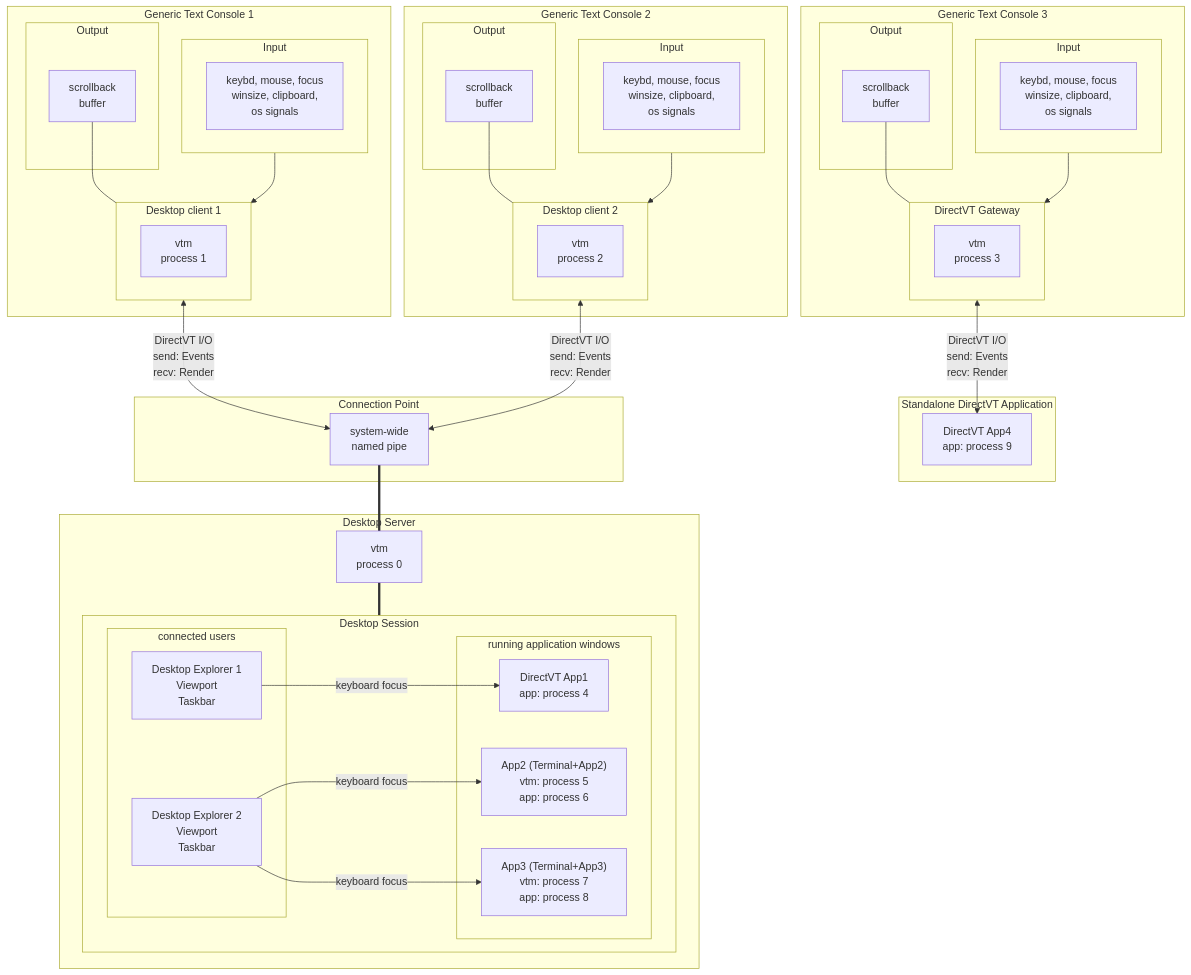
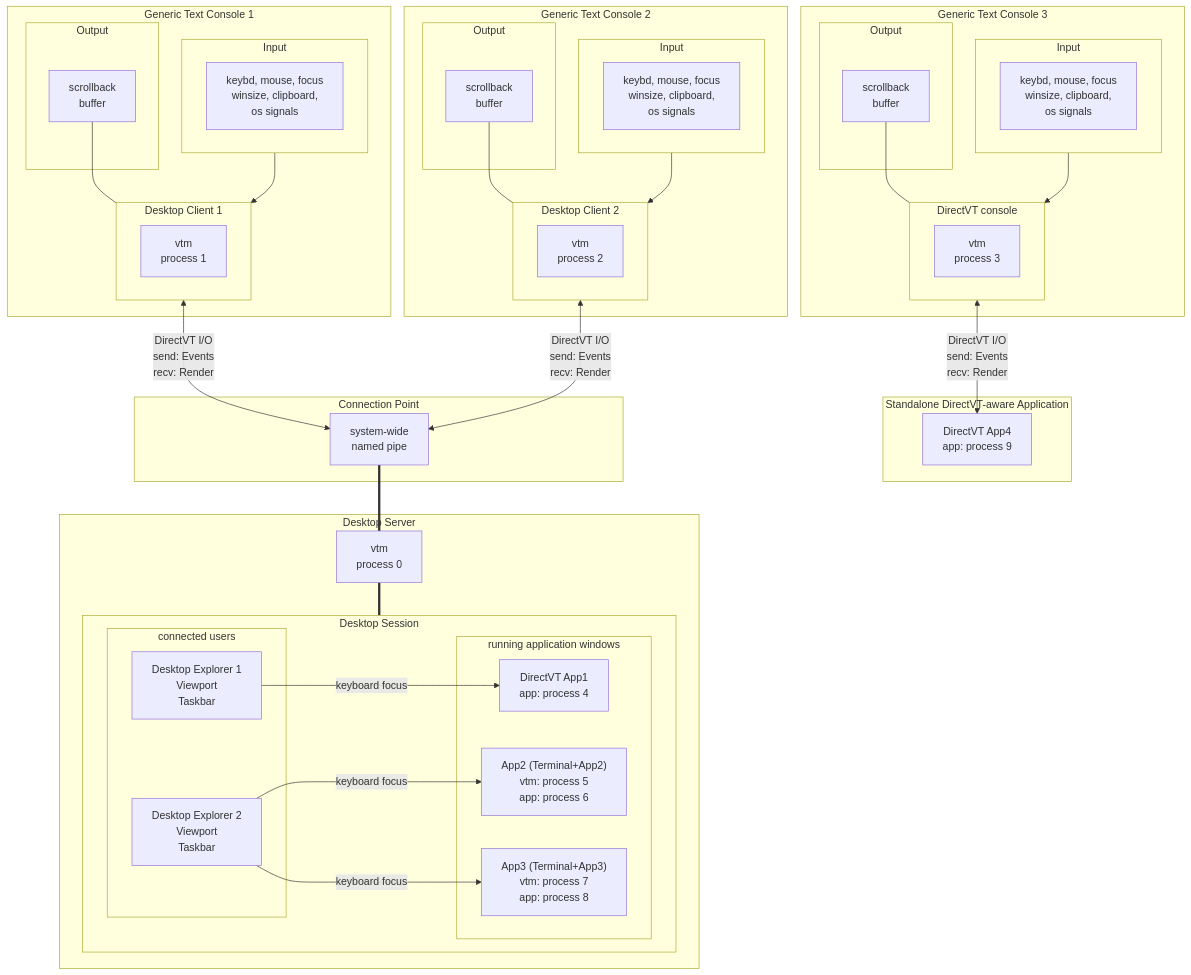
The diagram in doc/architecture.md (directvt/vtm), drawn with Mermaid before and after one commit. The commit also changed other lines of this file and 9 other files, not shown here.

````diff
--- a/doc/architecture.md
+++ b/doc/architecture.md
@@ -99,78 +99,78 @@
 ```mermaid
 graph TB
     subgraph IE10[Generic Text Console 1]
         subgraph IE1[Input]
             direction LR
             C1[keybd, mouse, focus\nwinsize, clipboard,\nos signals]
         end
         subgraph OU1[Output]
             TC1[scrollback\nbuffer]
         end
-        subgraph CS1[Desktop client 1]
+        subgraph CS1[Desktop Client 1]
             VTM1[vtm\nprocess 1]
         end
         C1 --> CS1
         TC1 --- CS1
     end
 
     subgraph IE20[Generic Text Console 2]
         subgraph IE2[Input]
             direction LR
             C2[keybd, mouse, focus\nwinsize, clipboard,\nos signals]
         end
         subgraph OU2[Output]
             TC2[scrollback\nbuffer]
         end
-        subgraph CS2[Desktop client 2]
+        subgraph CS2[Desktop Client 2]
             VTM2[vtm\nprocess 2]
         end
         C2 --> CS2
         TC2 --- CS2
     end
 
     subgraph IE30[Generic Text Console 3]
         subgraph IE3[Input]
             direction LR
             C3[keybd, mouse, focus\nwinsize, clipboard,\nos signals]
         end
         subgraph OU3[Output]
             TC3[scrollback\nbuffer]
         end
-        subgraph CS3[DirectVT Gateway]
+        subgraph CS3[DirectVT console]
             VTM3[vtm\nprocess 3]
         end
         C3 --> CS3
         TC3 --- CS3
     end
-    subgraph APP0x[Standalone DirectVT Application]
+    subgraph APP0x[Standalone DirectVT-aware Application]
         APP01[DirectVT App4\napp: process 9]
     end
     CS3 <-->|DirectVT I/O\nsend: Events\nrecv: Render| APP01
 
     subgraph NP[Connection Point]
         TS["system-wide\nnamed pipe"]
     end
 
     subgraph SS[Desktop Server]
         VTMs[vtm\nprocess 0]
         subgraph SE[Desktop Session]
             subgraph APPx[running application windows]
                 APP1[DirectVT App1\napp: process 4]
                 APP2["App2 (Terminal+App2)\nvtm: process 5\napp: process 6"]
                 APP3["App3 (Terminal+App3)\nvtm: process 7\napp: process 8"]
             end
             subgraph APPu[connected users]
                 USR1["Desktop Explorer 1\nViewport\nTaskbar"]
                 USR2["Desktop Explorer 2\nViewport\nTaskbar"]
             end
             USR1 --->|keyboard focus| APP1
             USR2 --->|keyboard focus| APP2
             USR2 --->|keyboard focus| APP3
         end
         VTMs === SE
     end
 
     CS1 <-->|DirectVT I/O\nsend: Events\nrecv: Render| TS
     CS2 <-->|DirectVT I/O\nsend: Events\nrecv: Render| TS
     TS === VTMs
 ```
````
